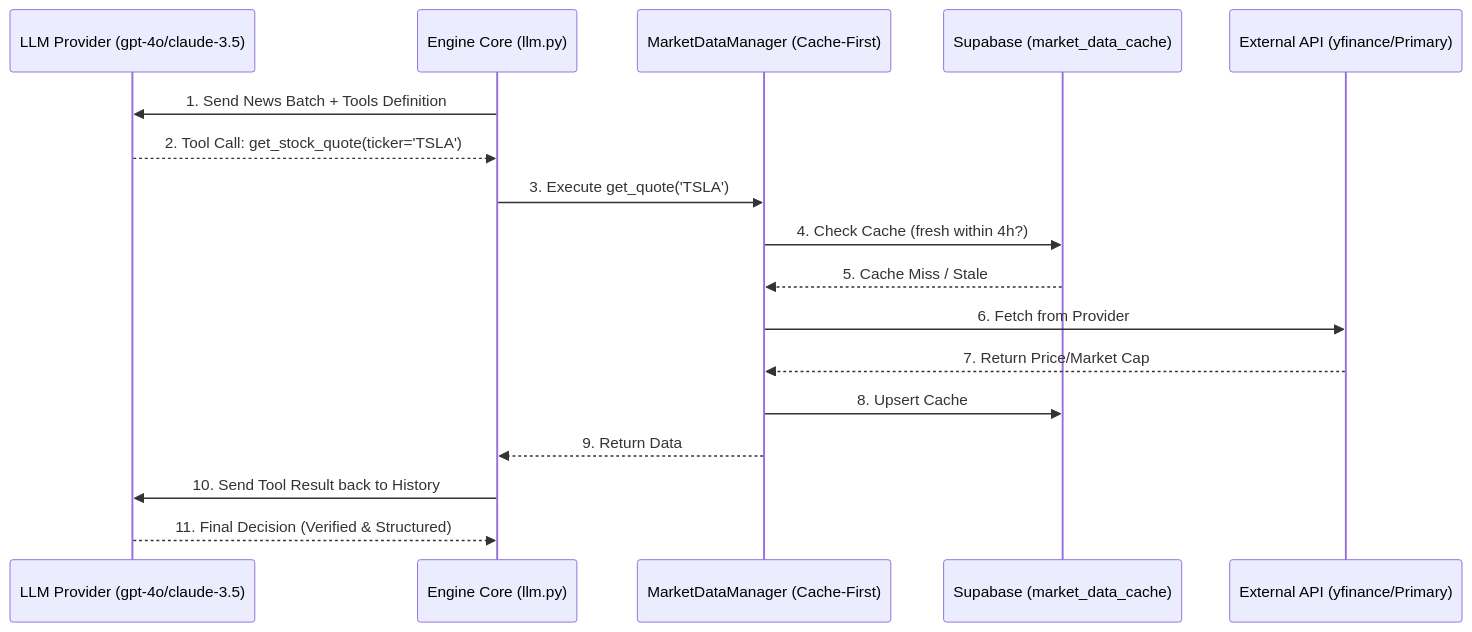
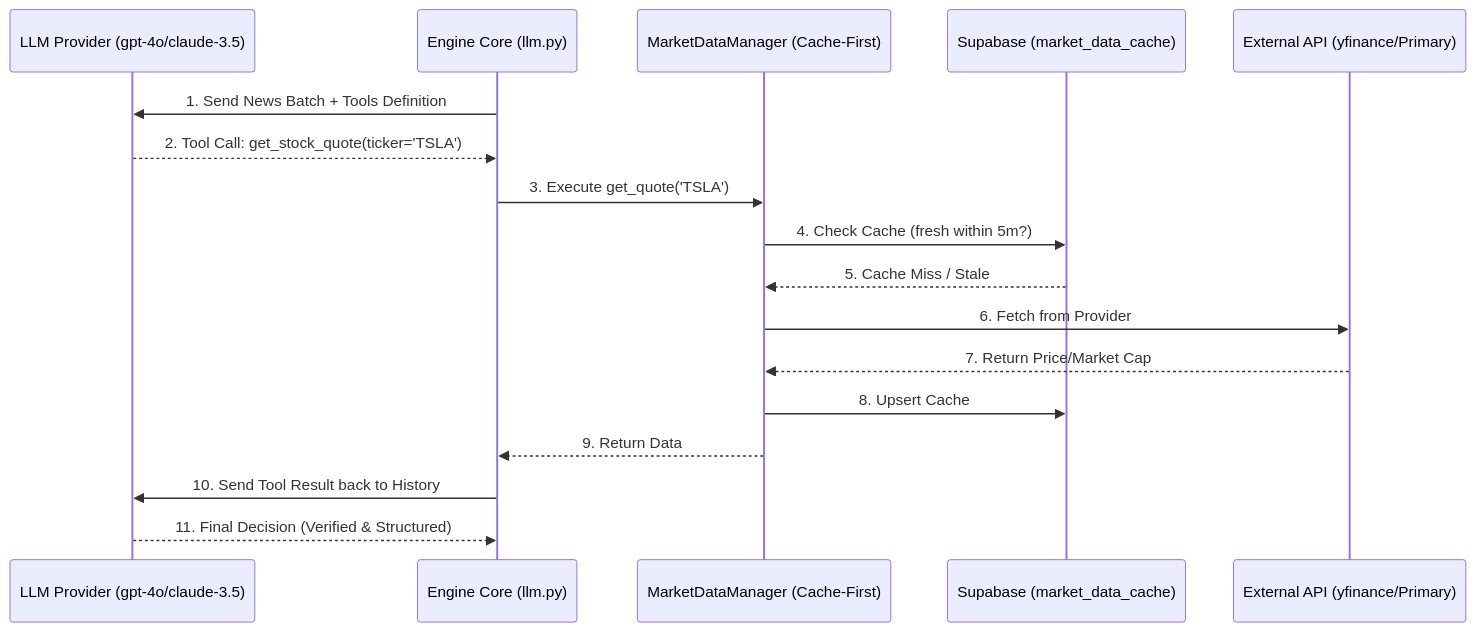
The diagram in docs/engine/data-flow.md (g-vega-cl/llm-market-bench), drawn with Mermaid before and after one commit. The commit also changed other lines of this file and 5 other files, not shown here.

````diff
--- a/docs/engine/data-flow.md
+++ b/docs/engine/data-flow.md
@@ -469,20 +469,20 @@
 ```mermaid
 sequenceDiagram
     participant LLM as LLM Provider (gpt-4o/claude-3.5)
     participant Core as Engine Core (llm.py)
     participant MDM as MarketDataManager (Cache-First)
     participant DB as Supabase (market_data_cache)
     participant API as External API (yfinance/Primary)
 
     Core->>LLM: 1. Send News Batch + Tools Definition
     LLM-->>Core: 2. Tool Call: get_stock_quote(ticker='TSLA')
     Core->>MDM: 3. Execute get_quote('TSLA')
-    MDM->>DB: 4. Check Cache (fresh within 4h?)
+    MDM->>DB: 4. Check Cache (fresh within 5m?)
     DB-->>MDM: 5. Cache Miss / Stale
     MDM->>API: 6. Fetch from Provider
     API-->>MDM: 7. Return Price/Market Cap
     MDM->>DB: 8. Upsert Cache
     MDM-->>Core: 9. Return Data
     Core->>LLM: 10. Send Tool Result back to History
     LLM-->>Core: 11. Final Decision (Verified & Structured)
 ```
````
